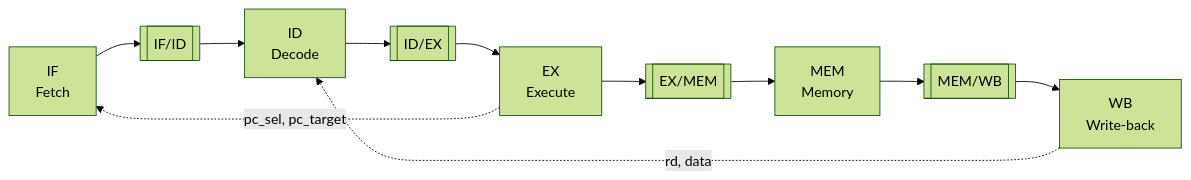
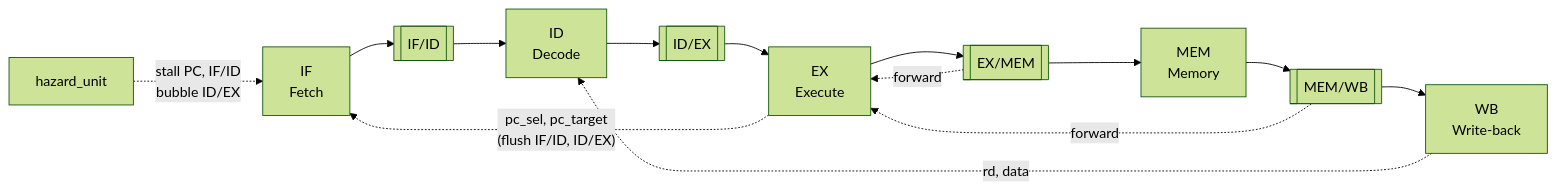
One commit to atil-og/pipeRV changed the first of 2 diagrams in doc/architecture.md. Above: the diagram before and after it, drawn with Mermaid (forest theme). The commit also changed other lines of this file and 9 other files, not shown here.

````diff
--- a/doc/architecture.md
+++ b/doc/architecture.md
@@ -7,6 +7,9 @@
 ```mermaid
 flowchart LR
     IF["IF<br/>Fetch"] --> IFID[["IF/ID"]] --> ID["ID<br/>Decode"] --> IDEX[["ID/EX"]] --> EX["EX<br/>Execute"] --> EXMEM[["EX/MEM"]] --> MEM["MEM<br/>Memory"] --> MEMWB[["MEM/WB"]] --> WB["WB<br/>Write-back"]
     WB -. "rd, data" .-> ID
-    EX -. "pc_sel, pc_target" .-> IF
+    EXMEM -. "forward" .-> EX
+    MEMWB -. "forward" .-> EX
+    EX -. "pc_sel, pc_target<br/>(flush IF/ID, ID/EX)" .-> IF
+    HZ["hazard_unit"] -. "stall PC, IF/ID<br/>bubble ID/EX" .-> IF
 ```
````
